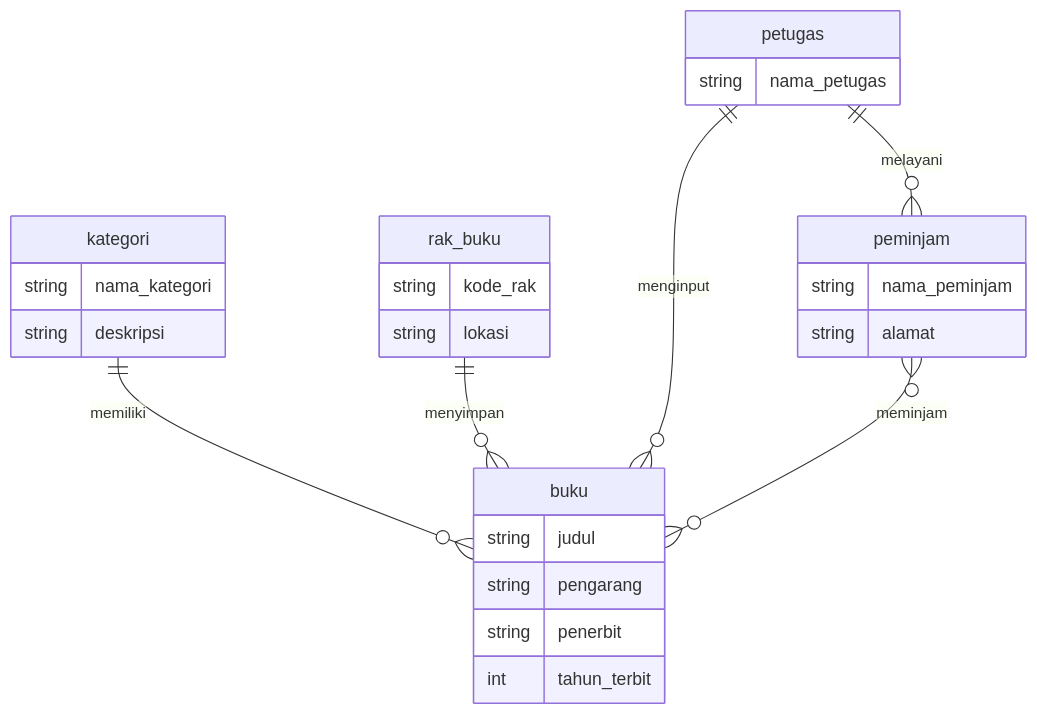
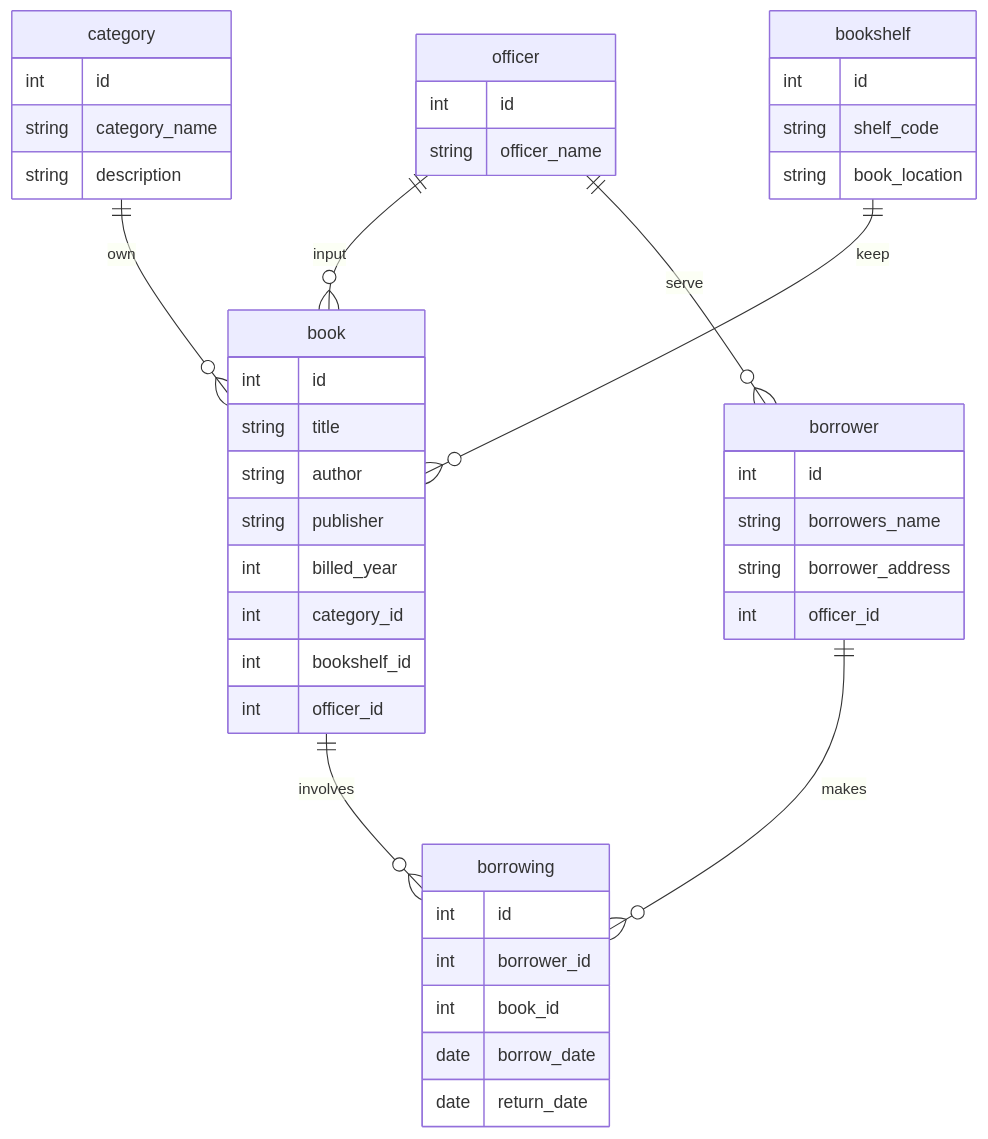
The diagram in erd-perpustakaan.md (MohamadDimasPrayoga1010/koda-b4-db1), drawn with Mermaid before and after one commit.

Commit message:
refactor: change the language to English and adjust it to the database

````diff
--- a/erd-perpustakaan.md
+++ b/erd-perpustakaan.md
@@ -1,37 +1,55 @@
 ```mermaid
 erDiagram
 
-buku{
-    string judul
-    string pengarang
-    string penerbit
-    int tahun_terbit
-}
-    
-kategori{
-    string nama_kategori
-    string deskripsi
+book {
+    int id
+    string title
+    string author
+    string publisher
+    int billed_year
+    int category_id
+    int bookshelf_id
+    int officer_id
 }
 
-rak_buku{
-    string kode_rak
-    string lokasi
+category {
+    int id
+    string category_name
+    string description
 }
 
-petugas{
-    string nama_petugas
+bookshelf {
+    int id
+    string shelf_code
+    string book_location
 }
 
-peminjam{
-    string nama_peminjam
-    string alamat
+officer {
+    int id
+    string officer_name
 }
 
+borrower {
+    int id
+    string borrowers_name
+    string borrower_address
+    int officer_id
+}
 
-kategori ||--o{ buku : "memiliki"
-rak_buku ||--o{ buku : "menyimpan"
-petugas ||--o{ buku : "menginput"
-petugas ||--o{ peminjam : "melayani"
-peminjam }o--o{ buku : "meminjam"
+borrowing {
+    int id
+    int borrower_id
+    int book_id
+    date borrow_date
+    date return_date
+}
+
+category ||--o{ book : "own"
+bookshelf ||--o{ book : "keep"
+officer ||--o{ book : "input"
+officer ||--o{ borrower : "serve"
+borrower ||--o{ borrowing : "makes"
+book ||--o{ borrowing : "involves"
+
 
 ```
````
